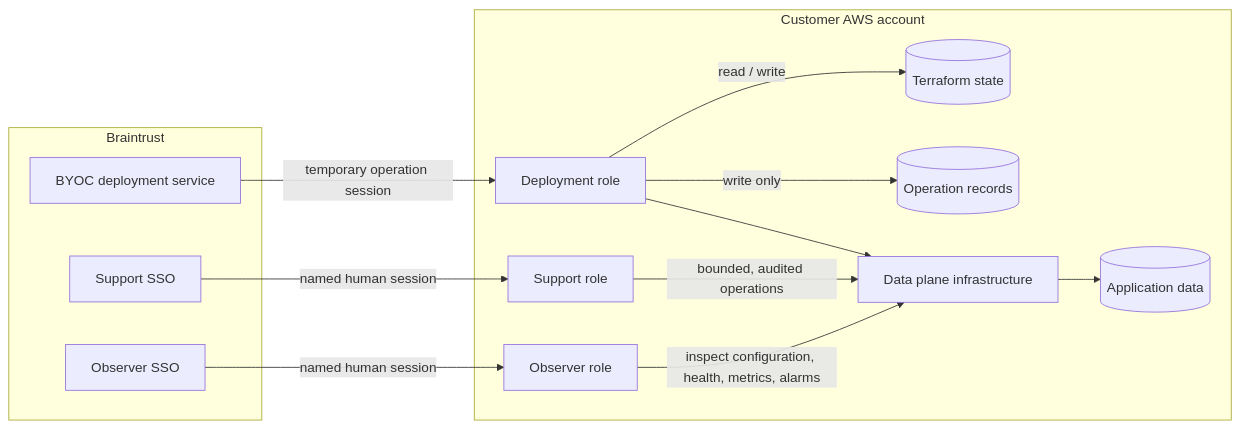
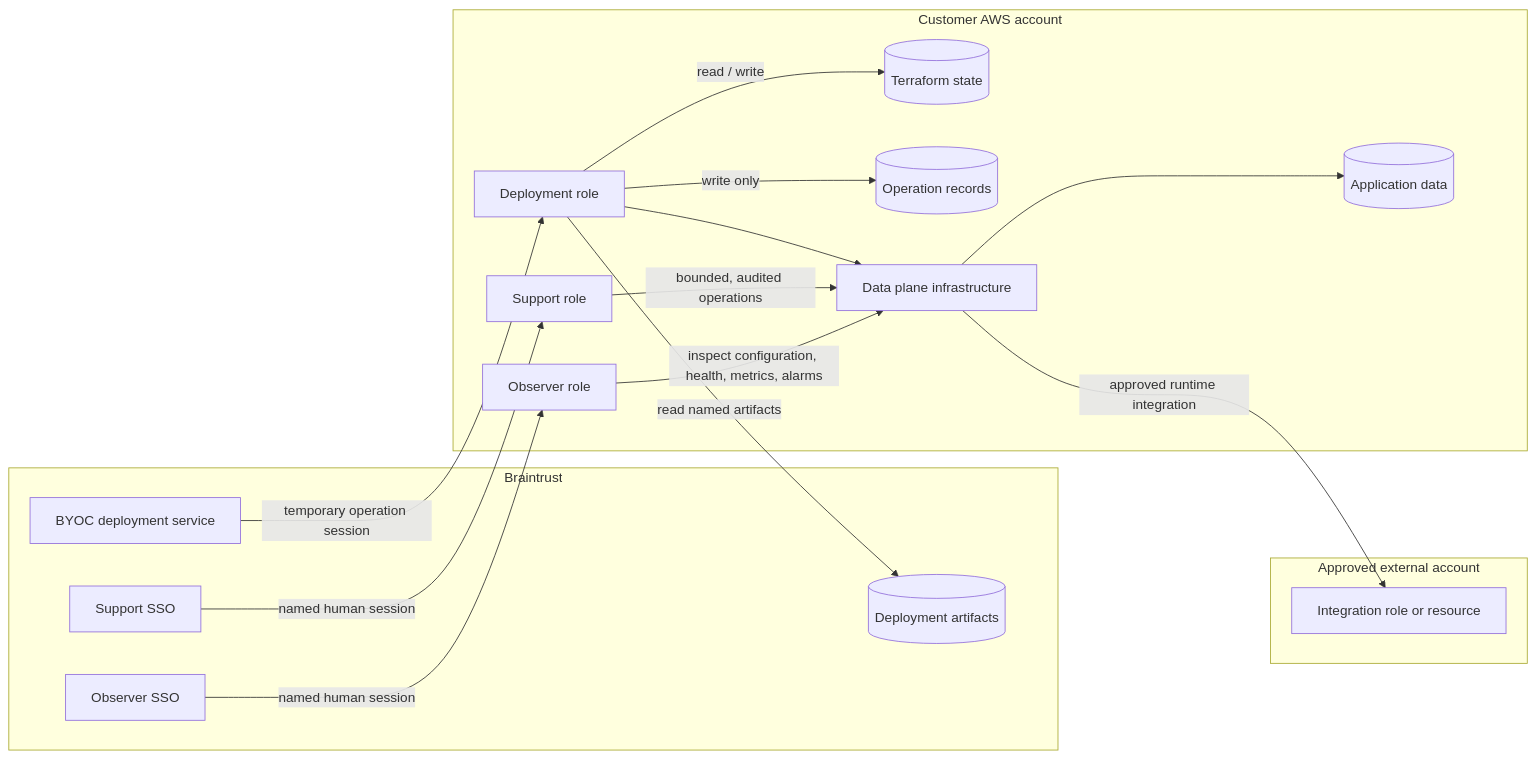
Before and after one commit to braintrustdata/terraform-aws-braintrust-data-plane: the diagram in managed-byoc-v2/README.md, drawn with Mermaid. The commit also changed other lines of this file and 7 other files, not shown here.

````diff
--- a/managed-byoc-v2/README.md
+++ b/managed-byoc-v2/README.md
@@ -30,28 +30,35 @@
 ```mermaid
 flowchart LR
     subgraph Braintrust
         M[BYOC deployment service]
         H[Support SSO]
         O[Observer SSO]
+        B[(Deployment artifacts)]
     end
 
     subgraph Customer AWS account
         D[Deployment role]
         S[Support role]
         R[Observer role]
         T[(Terraform state)]
         L[(Operation records)]
         I[Data plane infrastructure]
         A[(Application data)]
     end
 
+    subgraph Approved external account
+        X[Integration role or resource]
+    end
+
     M -->|temporary operation session| D
     H -->|named human session| S
     O -->|named human session| R
     D -->|read / write| T
     D -->|write only| L
+    D -->|read named artifacts| B
     D --> I
     S -->|bounded, audited operations| I
     R -->|inspect configuration, health, metrics, alarms| I
     I --> A
+    I -->|approved runtime integration| X
 ```
````
